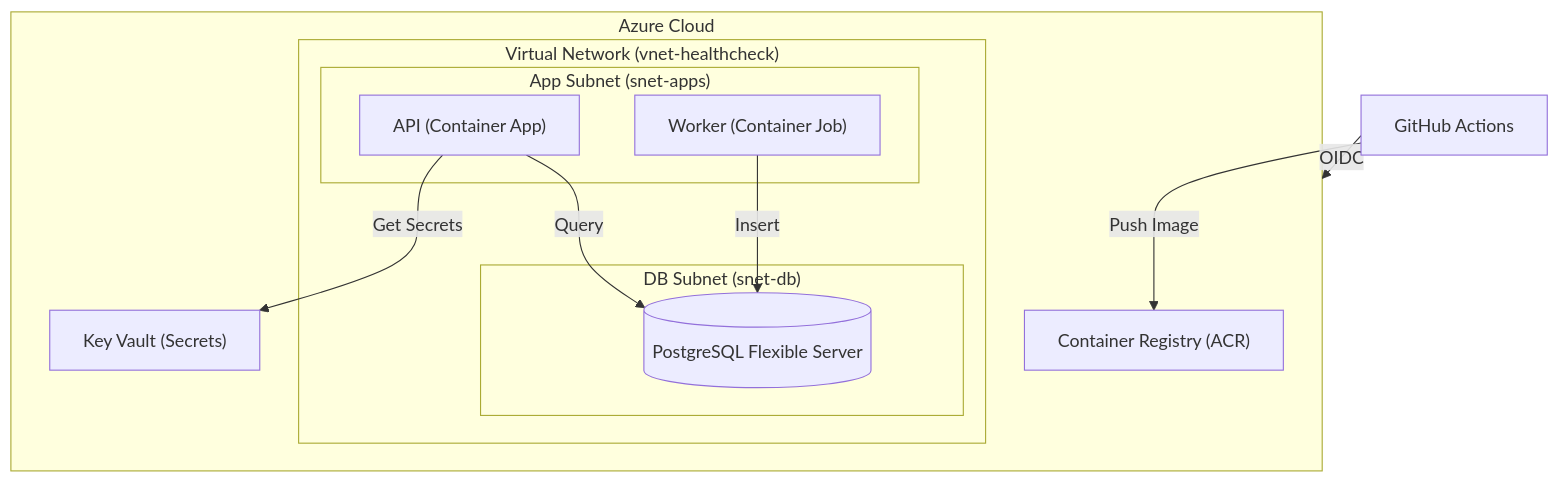
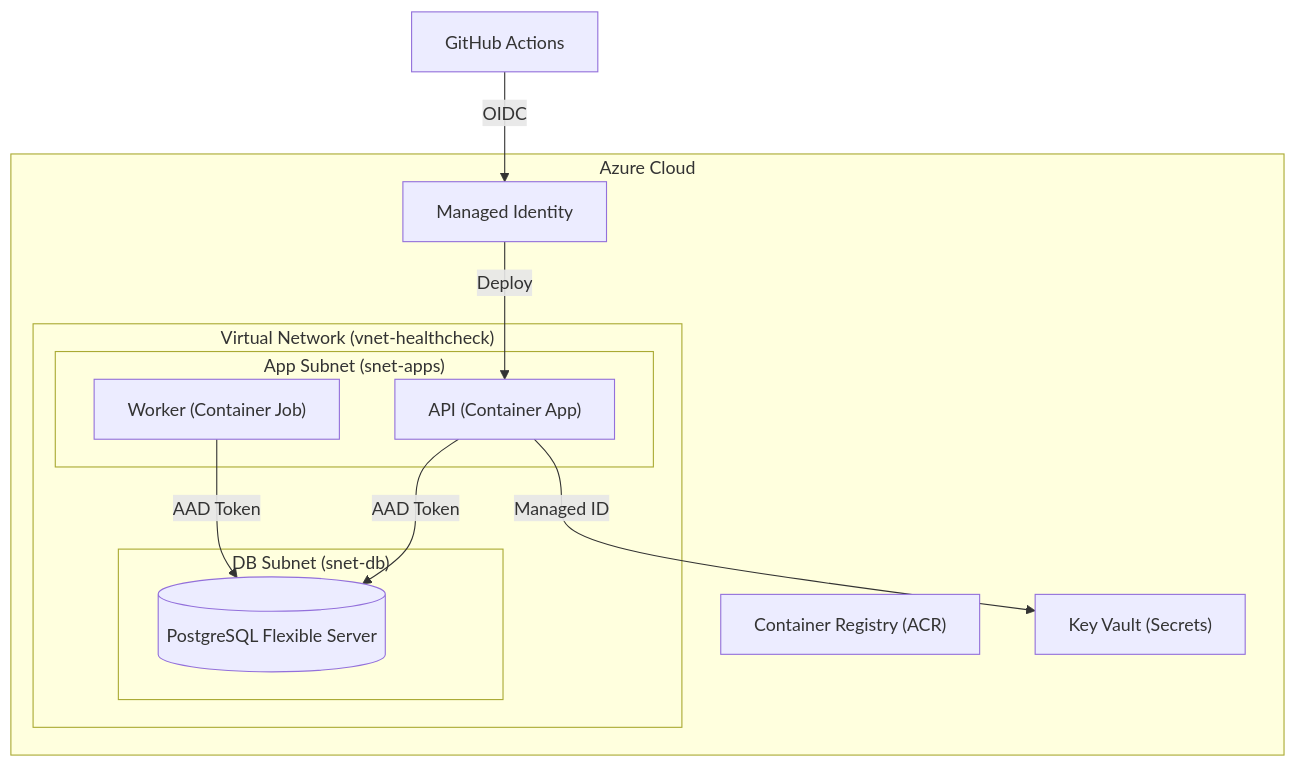
One commit to toanle88/Healthcheck changed the diagram in README.md. Above: the diagram before and after it, drawn with Mermaid. The commit also changed other lines of this file and 8 other files, not shown here.

````diff
--- a/README.md
+++ b/README.md
@@ -45,22 +45,23 @@
 ```mermaid
 graph TD
     subgraph Azure ["Azure Cloud"]
         subgraph VNet ["Virtual Network (vnet-healthcheck)"]
             subgraph AppSubnet ["App Subnet (snet-apps)"]
                 API["API (Container App)"]
                 Worker["Worker (Container Job)"]
             end
             subgraph DBSubnet ["DB Subnet (snet-db)"]
                 DB[("PostgreSQL Flexible Server")]
             end
         end
         ACR["Container Registry (ACR)"]
         KV["Key Vault (Secrets)"]
+        ID["Managed Identity"]
     end
 
-    GitHub["GitHub Actions"] -- OIDC --> Azure
-    GitHub -- Push Image --> ACR
-    API -- Query --> DB
-    Worker -- Insert --> DB
-    API -- Get Secrets --> KV
+    GitHub["GitHub Actions"] -- OIDC --> ID
+    ID -- Deploy --> API
+    API -- AAD Token --> DB
+    Worker -- AAD Token --> DB
+    API -- Managed ID --> KV
 ```
````
